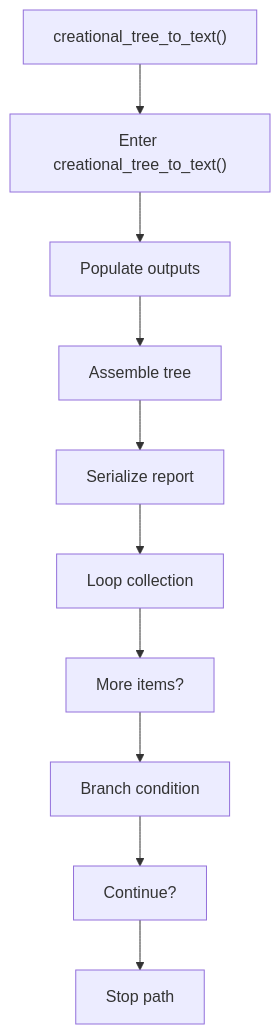
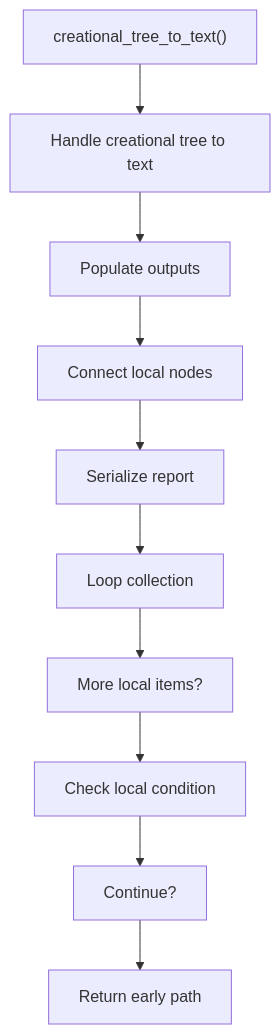
Before and after one commit to JohnAndrewBalbarosa/NeoTerritory: the first of 2 diagrams in docs/Codebase/Microservice/Modules/Source/Trees/ClassGeneration/VirtualBroken/Creational/Flow/functions/creational_tree_to_text.cpp.md, drawn with Mermaid. The commit also changed other lines of this file and 925 other files, not shown here.

````diff
--- a/docs/Codebase/Microservice/Modules/Source/Trees/ClassGeneration/VirtualBroken/Creational/Flow/functions/creational_tree_to_text.cpp.md
+++ b/docs/Codebase/Microservice/Modules/Source/Trees/ClassGeneration/VirtualBroken/Creational/Flow/functions/creational_tree_to_text.cpp.md
@@ -27,22 +27,22 @@
 ```mermaid
 flowchart TD
     N0["creational_tree_to_text()"]
-    N1["Enter creational_tree_to_text()"]
+    N1["Handle creational tree to text"]
     N2["Populate outputs"]
-    N3["Assemble tree"]
+    N3["Connect local nodes"]
     N4["Serialize report"]
     N5["Loop collection"]
-    N6["More items?"]
-    N7["Branch condition"]
+    N6["More local items?"]
+    N7["Check local condition"]
     N8["Continue?"]
-    N9["Stop path"]
+    N9["Return early path"]
     N0 --> N1
     N1 --> N2
     N2 --> N3
     N3 --> N4
     N4 --> N5
     N5 --> N6
     N6 --> N7
     N7 --> N8
     N8 --> N9
 ```
````
